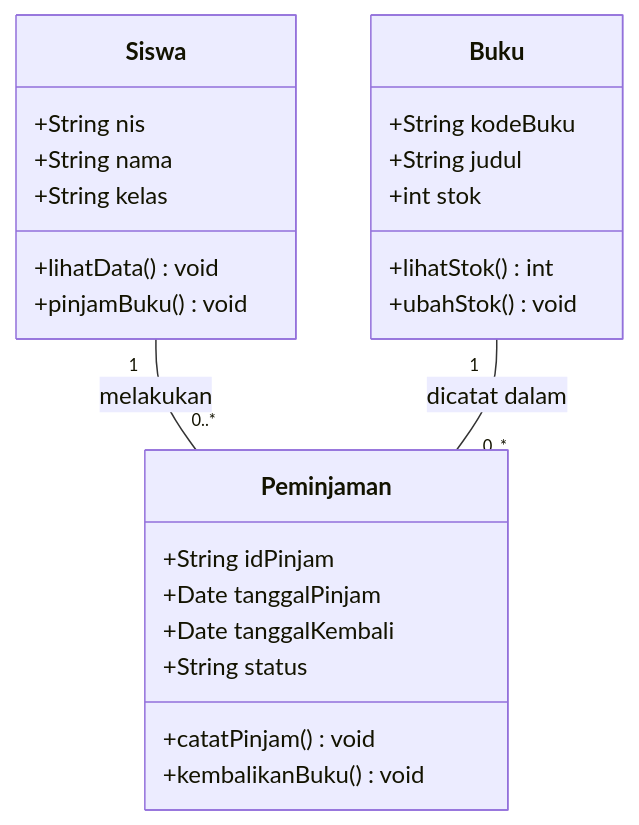
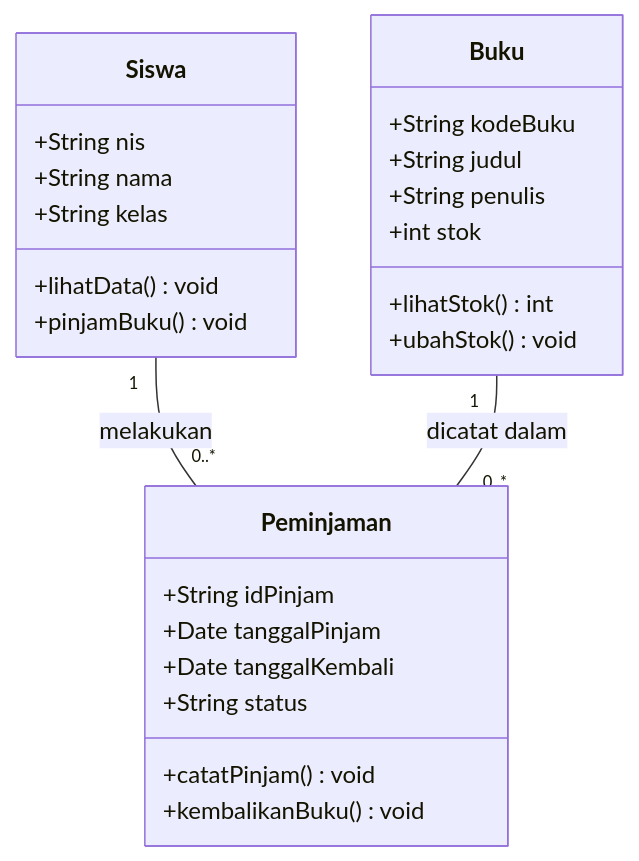
One commit to SMK-ISFI/pengembangan-perangkat-lunak changed the diagram in studi_kasus_class_diagram.md. Above: the diagram before and after it, drawn with Mermaid. The commit also changed other lines of this file, not shown here.

First line of the commit message:
Revise class diagram case study for school library system

````diff
--- a/studi_kasus_class_diagram.md
+++ b/studi_kasus_class_diagram.md
@@ -45,30 +48,31 @@
 ```mermaid
 classDiagram
     class Siswa {
         +String nis
         +String nama
         +String kelas
         +lihatData() void
         +pinjamBuku() void
     }
 
     class Buku {
         +String kodeBuku
         +String judul
+        +String penulis
         +int stok
         +lihatStok() int
         +ubahStok() void
     }
 
     class Peminjaman {
         +String idPinjam
         +Date tanggalPinjam
         +Date tanggalKembali
         +String status
         +catatPinjam() void
         +kembalikanBuku() void
     }
 
     Siswa "1" -- "0..*" Peminjaman : melakukan
     Buku "1" -- "0..*" Peminjaman : dicatat dalam
 ```
````
